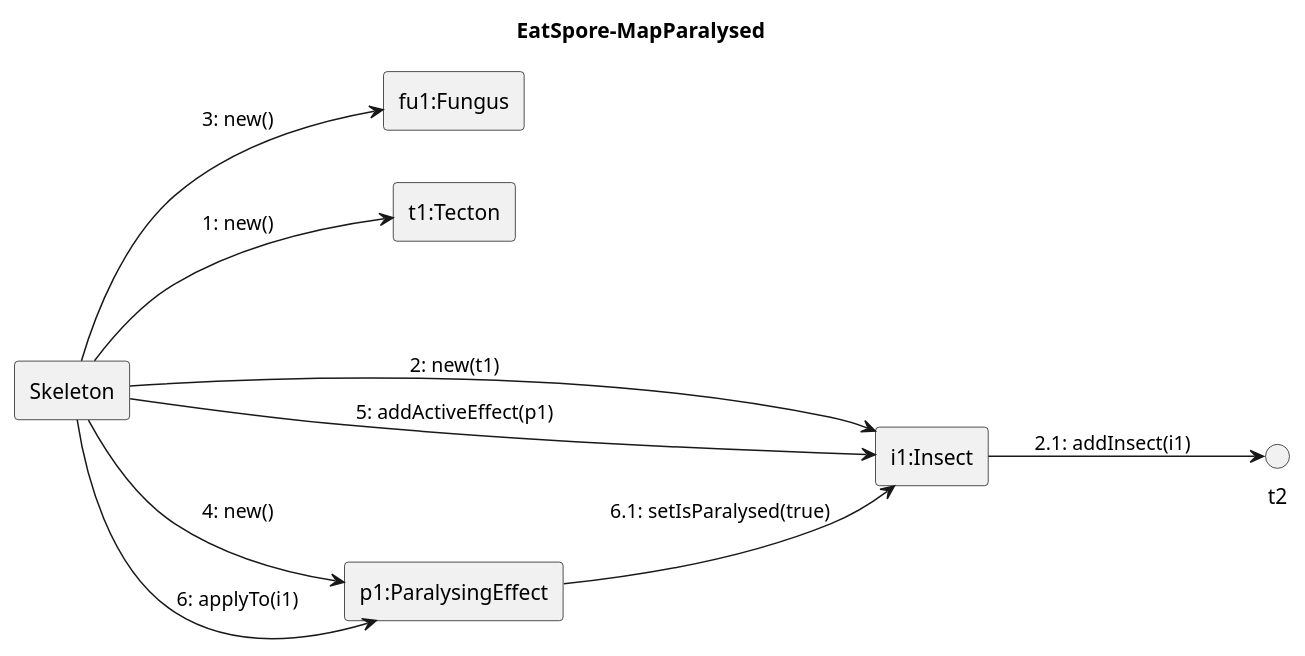
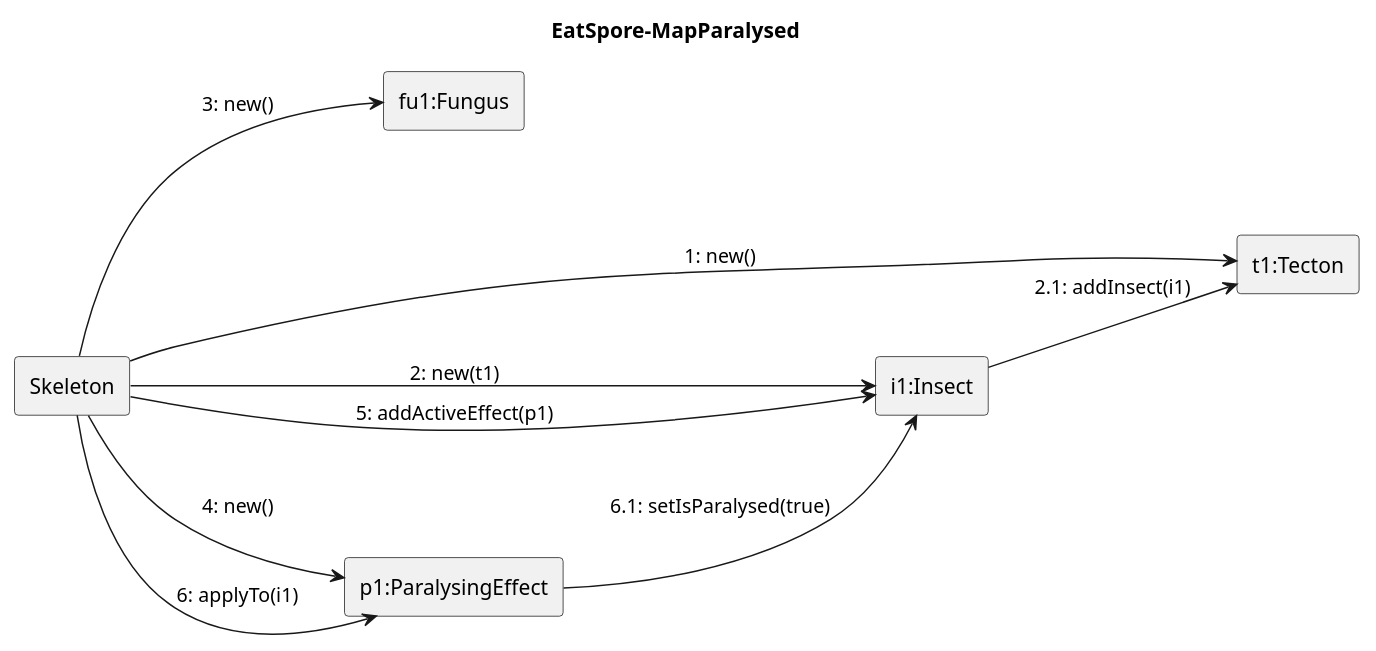
Before and after one commit to ZD4ve/projlab-error521: the diagram in Skeleton/Eat-spore/map-paralysed.pu, drawn with PlantUML.

Commit message:
gyorsfix

```diff
--- a/Skeleton/Eat-spore/map-paralysed.pu
+++ b/Skeleton/Eat-spore/map-paralysed.pu
@@ -1,24 +1,24 @@
 @startuml Eat-spore/map-paralysed
 left to right direction
 title EatSpore-MapParalysed
 
 rectangle Skeleton as S 
 
 rectangle "fu1:Fungus" as fu1
 rectangle "t1:Tecton" as t1
 rectangle "i1:Insect" as i1
 rectangle "p1:ParalysingEffect" as p1
 
 S --> t1: 1: new()
 
 S --> i1 : 2: new(t1)
-i1 --> t2 : 2.1: addInsect(i1)
+i1 --> t1 : 2.1: addInsect(i1)
 
 S --> fu1: 3: new()
 
 S --> p1 : 4: new()
 S --> i1 : 5: addActiveEffect(p1)
 S --> p1 : 6: applyTo(i1)
 p1 --> i1 : 6.1: setIsParalysed(true)
 
 @enduml
```
